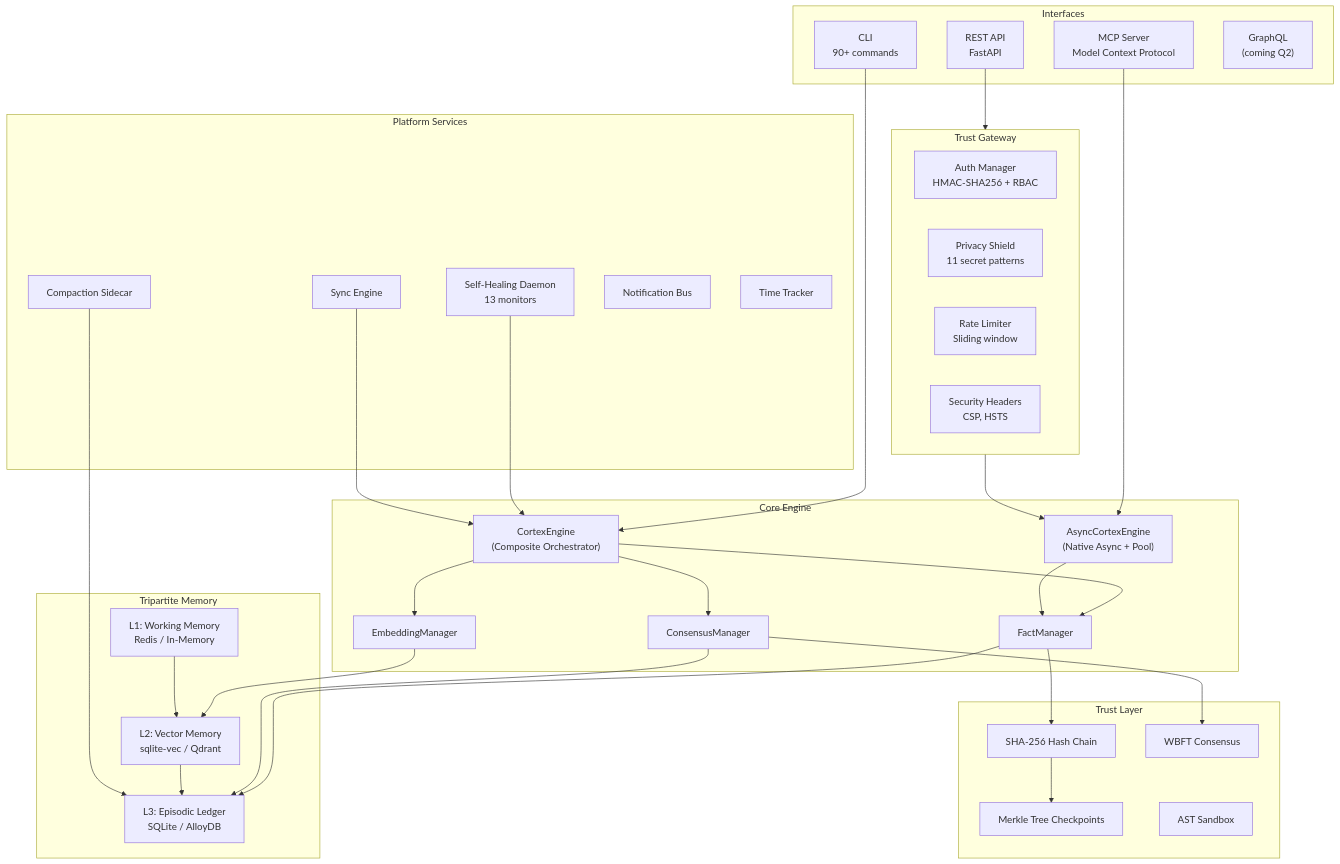
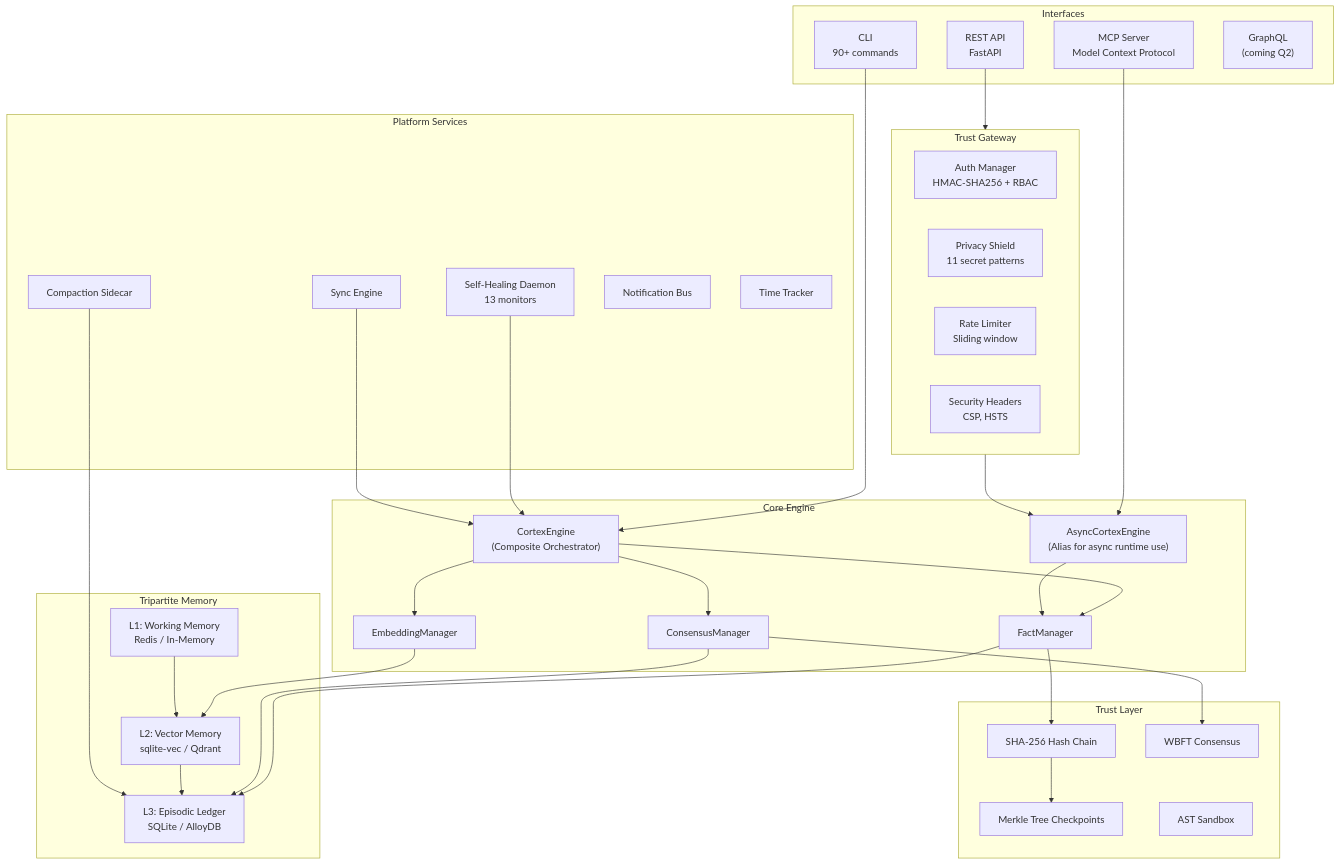
The first of 5 diagrams in docs/architecture.md (borjamoskv/babylon-60), drawn with Mermaid before and after one commit. The commit also changed other lines of this file and 140 other files, not shown here.

````diff
--- a/docs/architecture.md
+++ b/docs/architecture.md
@@ -14,67 +14,67 @@
 ```mermaid
 graph TB
     subgraph Interfaces
         CLI["CLI<br/>90+ commands"]
         API["REST API<br/>FastAPI"]
         MCP["MCP Server<br/>Model Context Protocol"]
         GraphQL["GraphQL<br/>(coming Q2)"]
     end
 
     subgraph Gateway["Trust Gateway"]
         Auth["Auth Manager<br/>HMAC-SHA256 + RBAC"]
         Privacy["Privacy Shield<br/>11 secret patterns"]
         RateLimit["Rate Limiter<br/>Sliding window"]
         Security["Security Headers<br/>CSP, HSTS"]
     end
 
     subgraph Engine["Core Engine"]
         CortexEngine["CortexEngine<br/>(Composite Orchestrator)"]
-        AsyncEngine["AsyncCortexEngine<br/>(Native Async + Pool)"]
+        AsyncEngine["AsyncCortexEngine<br/>(Alias for async runtime use)"]
         FactManager["FactManager"]
         EmbeddingManager["EmbeddingManager"]
         ConsensusManager["ConsensusManager"]
     end
 
     subgraph Memory["Tripartite Memory"]
         L1["L1: Working Memory<br/>Redis / In-Memory"]
         L2["L2: Vector Memory<br/>sqlite-vec / Qdrant"]
         L3["L3: Episodic Ledger<br/>SQLite / AlloyDB"]
     end
 
     subgraph Trust["Trust Layer"]
         Ledger["SHA-256 Hash Chain"]
         Merkle["Merkle Tree Checkpoints"]
         Consensus["WBFT Consensus"]
         Sandbox["AST Sandbox"]
     end
 
     subgraph Services["Platform Services"]
         Daemon["Self-Healing Daemon<br/>13 monitors"]
         Compactor["Compaction Sidecar"]
         Sync["Sync Engine"]
         Notifications["Notification Bus"]
         Timing["Time Tracker"]
     end
 
     CLI --> CortexEngine
     API --> Gateway --> AsyncEngine
     MCP --> AsyncEngine
 
     CortexEngine --> FactManager
     CortexEngine --> EmbeddingManager
     CortexEngine --> ConsensusManager
     AsyncEngine --> FactManager
 
     FactManager --> L3
     EmbeddingManager --> L2
     ConsensusManager --> L3
     L1 --> L2 --> L3
 
     FactManager --> Ledger
     Ledger --> Merkle
     ConsensusManager --> Consensus
 
     Daemon --> CortexEngine
     Compactor --> L3
     Sync --> CortexEngine
 ```
````
